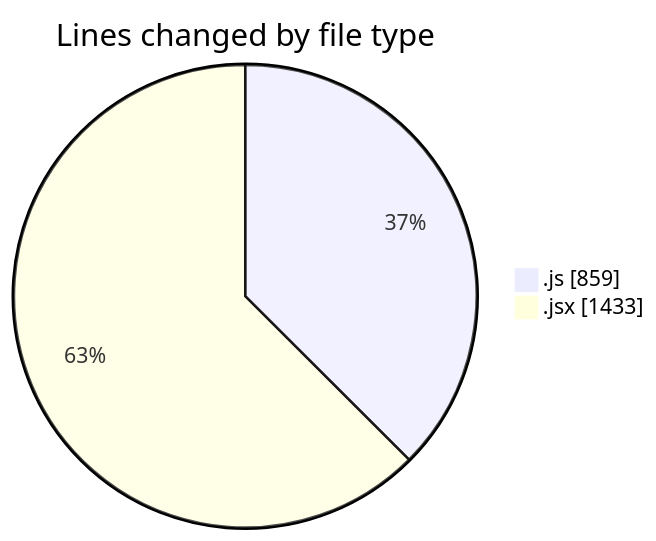
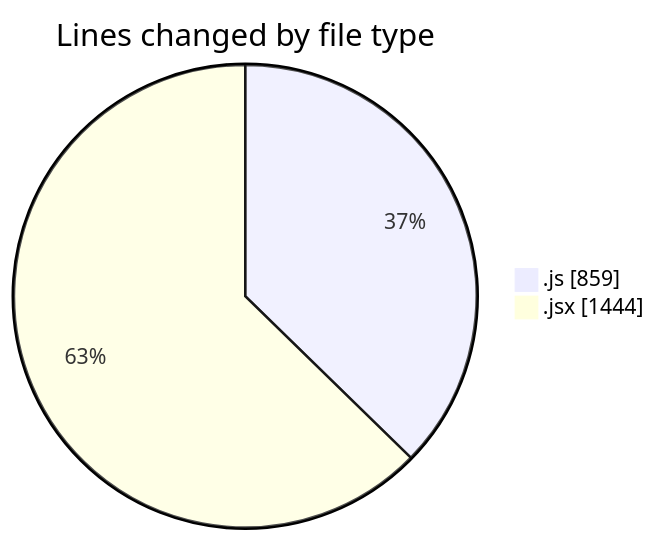
One commit to nxtqubesakshisongat/code-tracking changed the first of 2 diagrams in 2025-12-26/nxtqube_webapp/README.md. Above: the diagram before and after it, drawn with Mermaid. The commit also changed other lines of this file and 1 other file, not shown here.

````diff
--- a/2025-12-26/nxtqube_webapp/README.md
+++ b/2025-12-26/nxtqube_webapp/README.md
@@ -24,6 +24,6 @@
 ```mermaid
 pie showData
 title Lines changed by file type
 ".js" : 859
-".jsx" : 1433
+".jsx" : 1444
 ```
````
